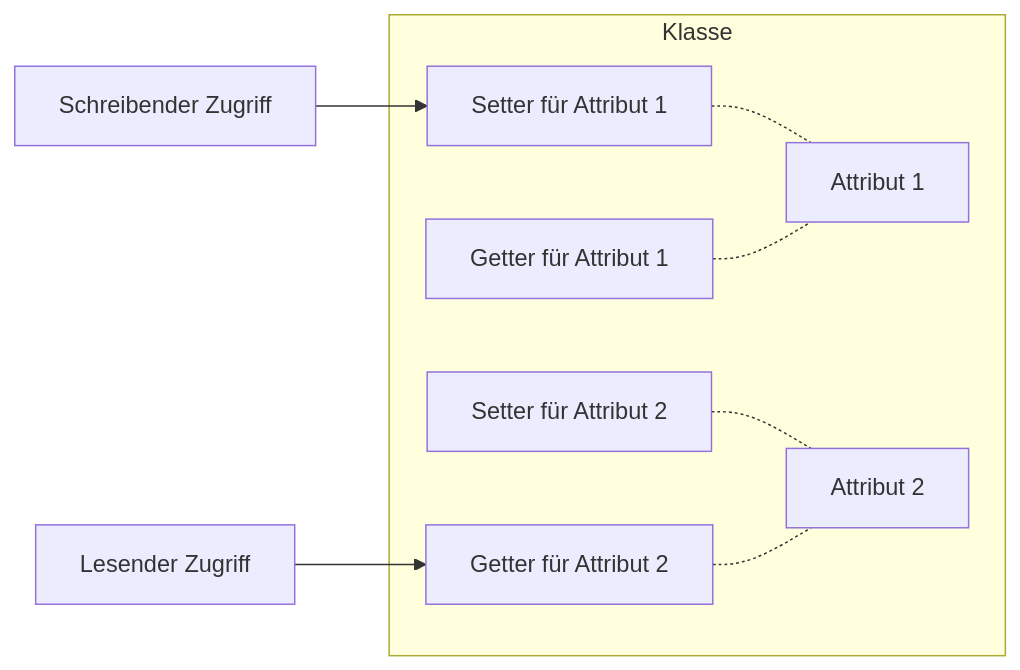
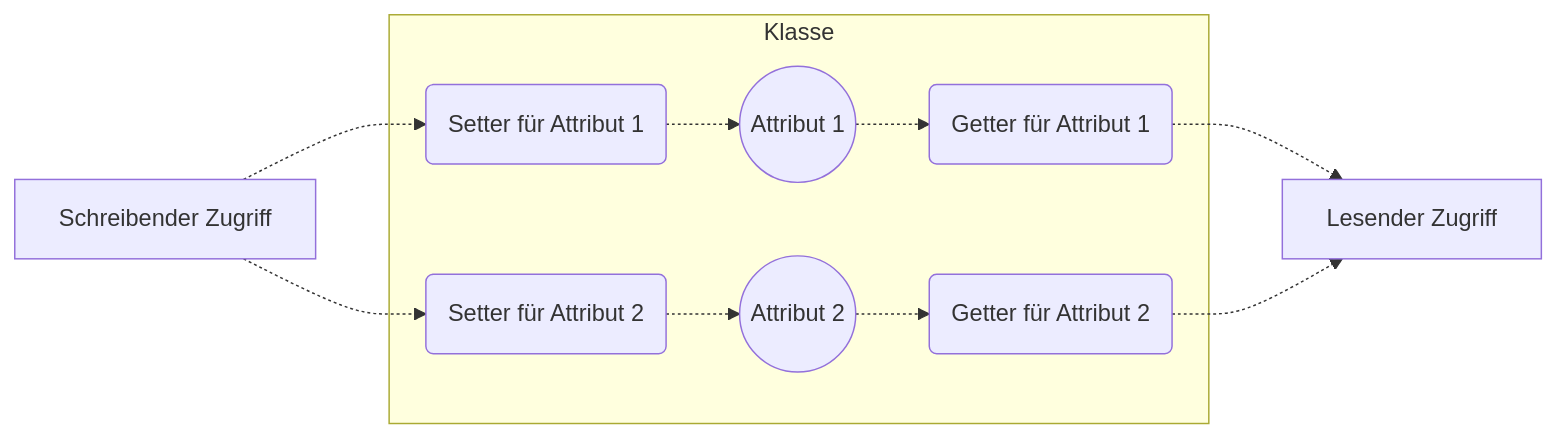
The second of 3 diagrams in docs/documentation/oo.md (jappuccini/java-docs), drawn with Mermaid before and after one commit.

````diff
--- a/docs/documentation/oo.md
+++ b/docs/documentation/oo.md
@@ -29,13 +29,15 @@
 ```mermaid
 flowchart LR
-    write[Schreibender Zugriff] --> setter1
-    read[Lesender Zugriff] --> getter2
+    write[Schreibender Zugriff] -.-> setter1
+    write -.-> setter2
+    getter1 -.-> read[Lesender Zugriff]
+    getter2 -.-> read
     subgraph Klasse
-        attribut1[Attribut 1]
-        attribut2[Attribut 2]
-        setter1[Setter für Attribut 1] -.- attribut1
-        getter1[Getter für Attribut 1] -.- attribut1
-        setter2[Setter für Attribut 2] -.- attribut2
-        getter2[Getter für Attribut 2] -.- attribut2
+        attribut1((Attribut 1))
+        attribut2((Attribut 2))
+        setter1(Setter für Attribut 1) -.-> attribut1
+        attribut1 -.-> getter1(Getter für Attribut 1)
+        setter2(Setter für Attribut 2) -.-> attribut2
+        attribut2 -.-> getter2(Getter für Attribut 2)
     end
 ```
````
